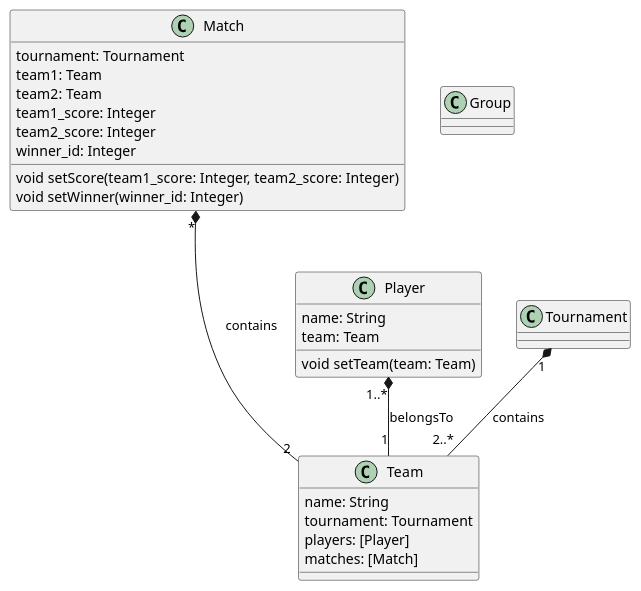
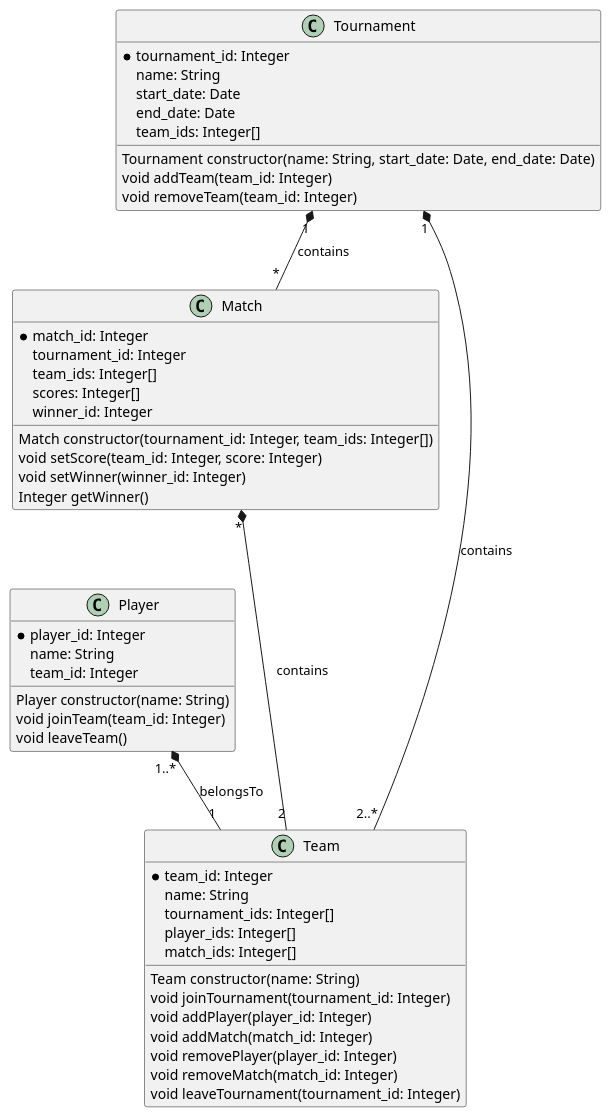
The diagram in documentation/domainModel.puml (felixalbrigtsen/asura-tmdb), drawn with PlantUML before and after one commit.

Commit message:
Domain Model v2

```diff
--- a/documentation/domainModel.puml
+++ b/documentation/domainModel.puml
@@ -1,38 +1,77 @@
 @startuml Tournament System
 
+
+' class Group
+
+' Match med bare to teams:
+' class Match {
+'     *match_id: Integer
+'     tournament_id: Integer
+'     team1_id: Integer
+'     team2_id: Integer
+'     scores: [Integer, Integer]
+'     winner_id: Integer
+'     void setScore(team1_score: Integer, team2_score: Integer)
+'     void setWinner(winner_id: Integer)
+'     Integer getWinner()
+' }
+
+' Match med vilkårlig antall teams
+class Match {
+    *match_id: Integer
+    tournament_id: Integer
+    team_ids: Integer[]
+    scores: Integer[]
+    winner_id: Integer
+
+    Match constructor(tournament_id: Integer, team_ids: Integer[])
+    void setScore(team_id: Integer, score: Integer)
+    void setWinner(winner_id: Integer)
+    Integer getWinner()
+}
 class Team {
+    *team_id: Integer
     name: String
-    tournament: Tournament
-    players: [Player]
-    matches: [Match]
+    tournament_ids: Integer[]
+    player_ids: Integer[]
+    match_ids: Integer[]
+
+    Team constructor(name: String)
+    void joinTournament(tournament_id: Integer)
+    void addPlayer(player_id: Integer)
+    void addMatch(match_id: Integer)
+    void removePlayer(player_id: Integer)
+    void removeMatch(match_id: Integer)
+    void leaveTournament(tournament_id: Integer)
 }
-class Group
-class Match {
-    tournament: Tournament
-    team1: Team
-    team2: Team
-    team1_score: Integer
-    team2_score: Integer
-    winner_id: Integer
-    void setScore(team1_score: Integer, team2_score: Integer)
-    void setWinner(winner_id: Integer)
-}
+class Player {
+    *player_id: Integer
+    name: String
+    team_id: Integer
 
-class Player {
-    name: String
-    team: Team
-    void setTeam(team: Team)
+
+    Player constructor(name: String)
+    void joinTeam(team_id: Integer)
+    void leaveTeam()
 }
 
 class Tournament {
-    
+    *tournament_id: Integer
+    name: String
+    start_date: Date
+    end_date: Date
+    team_ids: Integer[]
+
+    Tournament constructor(name: String, start_date: Date, end_date: Date)
+    void addTeam(team_id: Integer)
+    void removeTeam(team_id: Integer)
 }
 
 
 Tournament "1" *-- "2..*" Team : contains
+Tournament "1" *-- "*" Match : contains
 Player "1..*" *-- "1" Team : belongsTo
-
 Match "*" *--- "2" Team : contains
 
 
 @enduml
```
